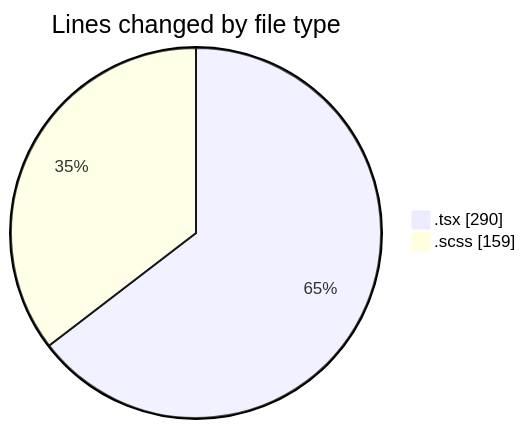
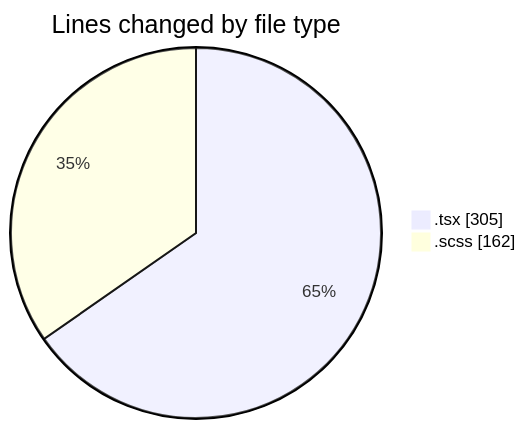
The first of 2 diagrams in 2026-04-16/cda/README.md (momahboobian/code-tracking), drawn with Mermaid before and after one commit. The commit also changed other lines of this file and 1 other file, not shown here.

````diff
--- a/2026-04-16/cda/README.md
+++ b/2026-04-16/cda/README.md
@@ -22,6 +22,6 @@
 ```mermaid
 pie showData
 title Lines changed by file type
-".tsx" : 290
-".scss" : 159
+".tsx" : 305
+".scss" : 162
 ```
````
